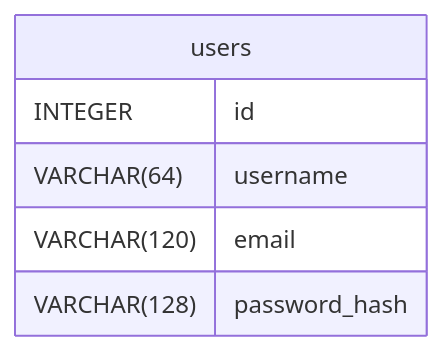
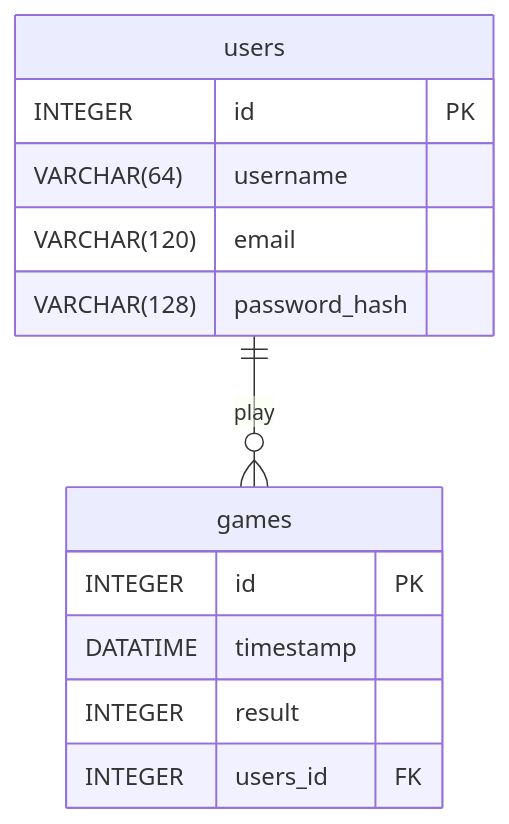
Before and after one commit to Ishi01/CITS5505Group41Project: the diagram in ER_diagram.md, drawn with Mermaid.

Commit message:
add games entity

````diff
--- a/ER_diagram.md
+++ b/ER_diagram.md
@@ -2,9 +2,16 @@
 ```mermaid
 erDiagram
+    users ||--o{ games : play
     users {
-        INTEGER id
+        INTEGER id PK
         VARCHAR(64) username
         VARCHAR(120) email
         VARCHAR(128) password_hash
     }
+    games {
+        INTEGER id PK
+        DATATIME timestamp
+        INTEGER result
+        INTEGER users_id FK
+    }
 ```
````
